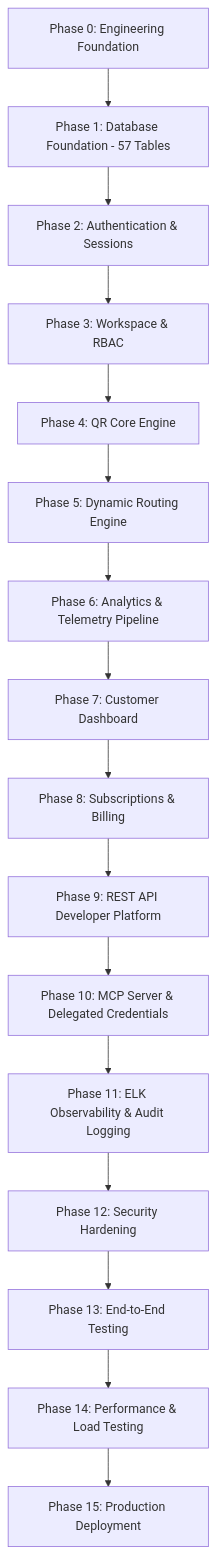
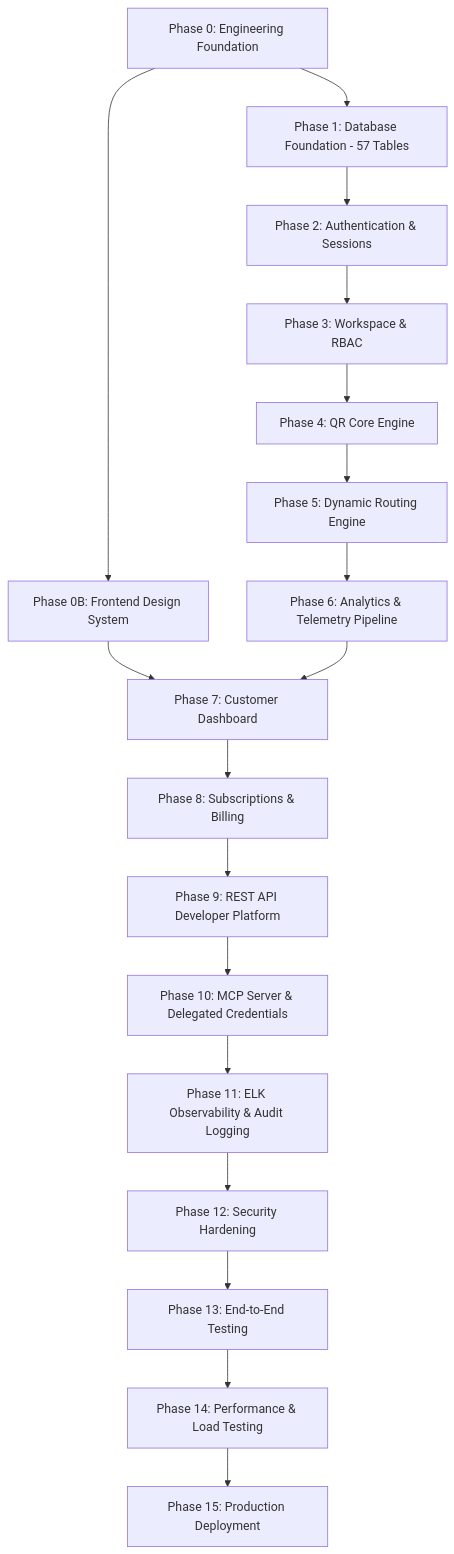
The second of 2 diagrams in documentation/04_DEVELOPMENT_IMPLEMENTATION_PLAN.md (SkyraTech/skyra-qr-code-generator), drawn with Mermaid before and after one commit. The commit also changed other lines of this file and 66 other files, not shown here.

Commit message:
feat: establish frontend design system

````diff
--- a/documentation/04_DEVELOPMENT_IMPLEMENTATION_PLAN.md
+++ b/documentation/04_DEVELOPMENT_IMPLEMENTATION_PLAN.md
@@ -109,18 +110,20 @@
 ```mermaid
 flowchart TD
-    P0[Phase 0: Engineering Foundation] --> P1[Phase 1: Database Foundation - 57 Tables]
+    P0[Phase 0: Engineering Foundation] --> P0B[Phase 0B: Frontend Design System]
+    P0 --> P1[Phase 1: Database Foundation - 57 Tables]
     P1 --> P2[Phase 2: Authentication & Sessions]
     P2 --> P3[Phase 3: Workspace & RBAC]
     P3 --> P4[Phase 4: QR Core Engine]
     P4 --> P5[Phase 5: Dynamic Routing Engine]
     P5 --> P6[Phase 6: Analytics & Telemetry Pipeline]
-    P6 --> P7[Phase 7: Customer Dashboard]
+    P0B --> P7[Phase 7: Customer Dashboard]
+    P6 --> P7
     P7 --> P8[Phase 8: Subscriptions & Billing]
     P8 --> P9[Phase 9: REST API Developer Platform]
     P9 --> P10[Phase 10: MCP Server & Delegated Credentials]
     P10 --> P11[Phase 11: ELK Observability & Audit Logging]
     P11 --> P12[Phase 12: Security Hardening]
     P12 --> P13[Phase 13: End-to-End Testing]
     P13 --> P14[Phase 14: Performance & Load Testing]
     P14 --> P15[Phase 15: Production Deployment]
 ```
````
